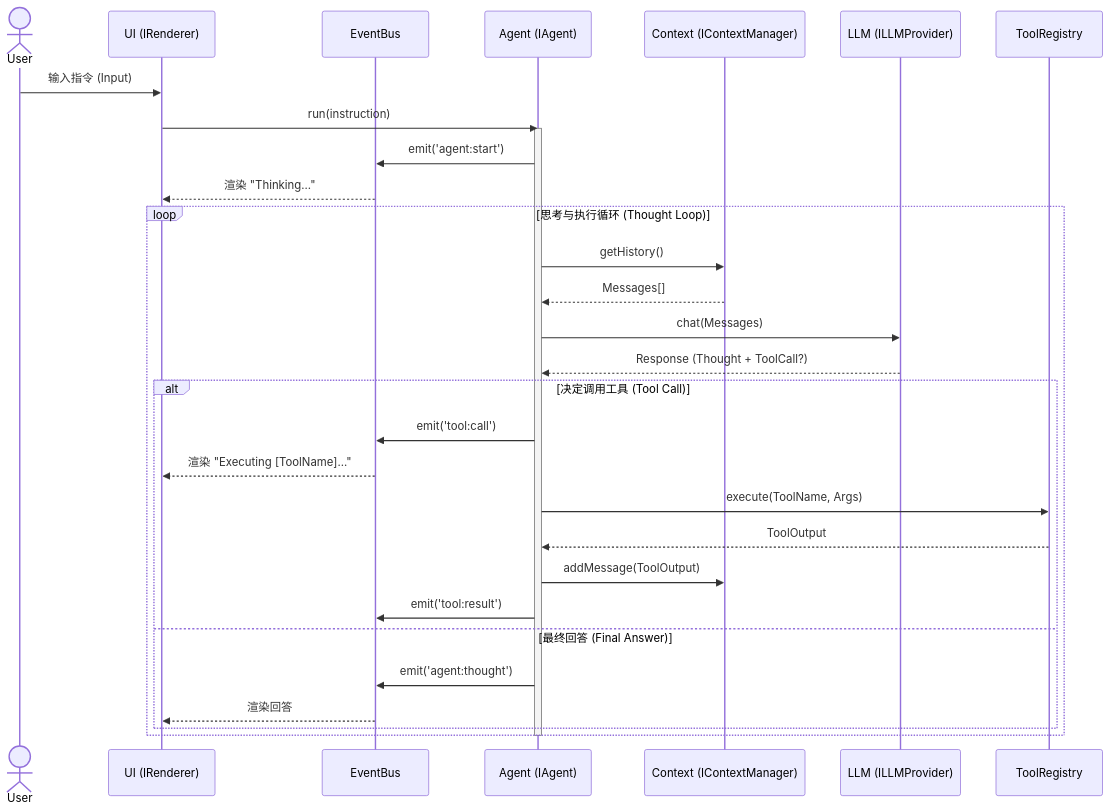
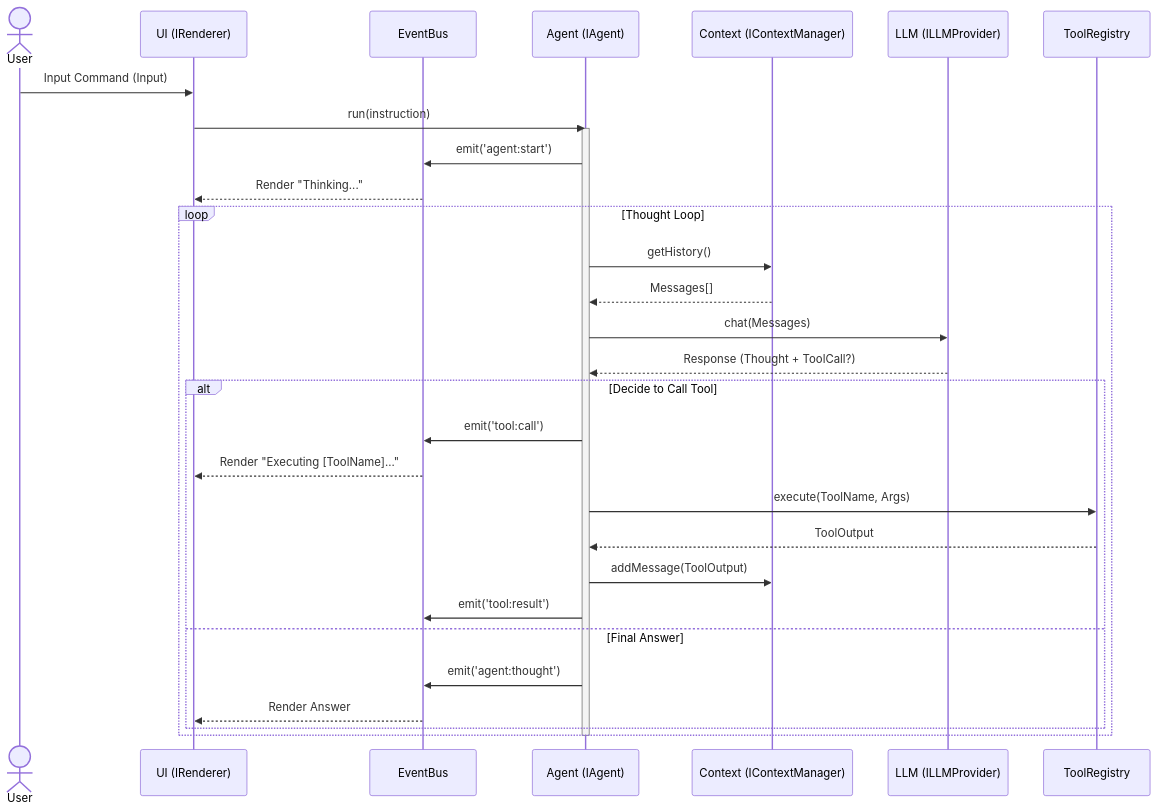
Before and after one commit to hfldqwe/aicoding: the diagram in docs/ARCHITECTURE.md, drawn with Mermaid. The commit also changed other lines of this file and 2 other files, not shown here.

Commit message:
docs: localize architecture documentation

````diff
--- a/docs/ARCHITECTURE.md
+++ b/docs/ARCHITECTURE.md
@@ -16,42 +18,42 @@
 ```mermaid
 sequenceDiagram
     actor User
     participant UI as UI (IRenderer)
     participant Bus as EventBus
     participant Agent as Agent (IAgent)
     participant Context as Context (IContextManager)
     participant LLM as LLM (ILLMProvider)
     participant Tool as ToolRegistry
 
-    User->>UI: 输入指令 (Input)
+    User->>UI: Input Command (Input)
     UI->>Agent: run(instruction)
     activate Agent
     
     Agent->>Bus: emit('agent:start')
-    Bus-->>UI: 渲染 "Thinking..."
+    Bus-->>UI: Render "Thinking..."
     
-    loop 思考与执行循环 (Thought Loop)
+    loop Thought Loop
         Agent->>Context: getHistory()
         Context-->>Agent: Messages[]
         
         Agent->>LLM: chat(Messages)
         LLM-->>Agent: Response (Thought + ToolCall?)
         
-        alt 决定调用工具 (Tool Call)
+        alt Decide to Call Tool
             Agent->>Bus: emit('tool:call')
-            Bus-->>UI: 渲染 "Executing [ToolName]..."
+            Bus-->>UI: Render "Executing [ToolName]..."
             
             Agent->>Tool: execute(ToolName, Args)
             Tool-->>Agent: ToolOutput
             
             Agent->>Context: addMessage(ToolOutput)
             Agent->>Bus: emit('tool:result')
-        else 最终回答 (Final Answer)
+        else Final Answer
             Agent->>Bus: emit('agent:thought')
-            Bus-->>UI: 渲染回答
+            Bus-->>UI: Render Answer
 
         end
     end
     
     deactivate Agent
 ```
````
